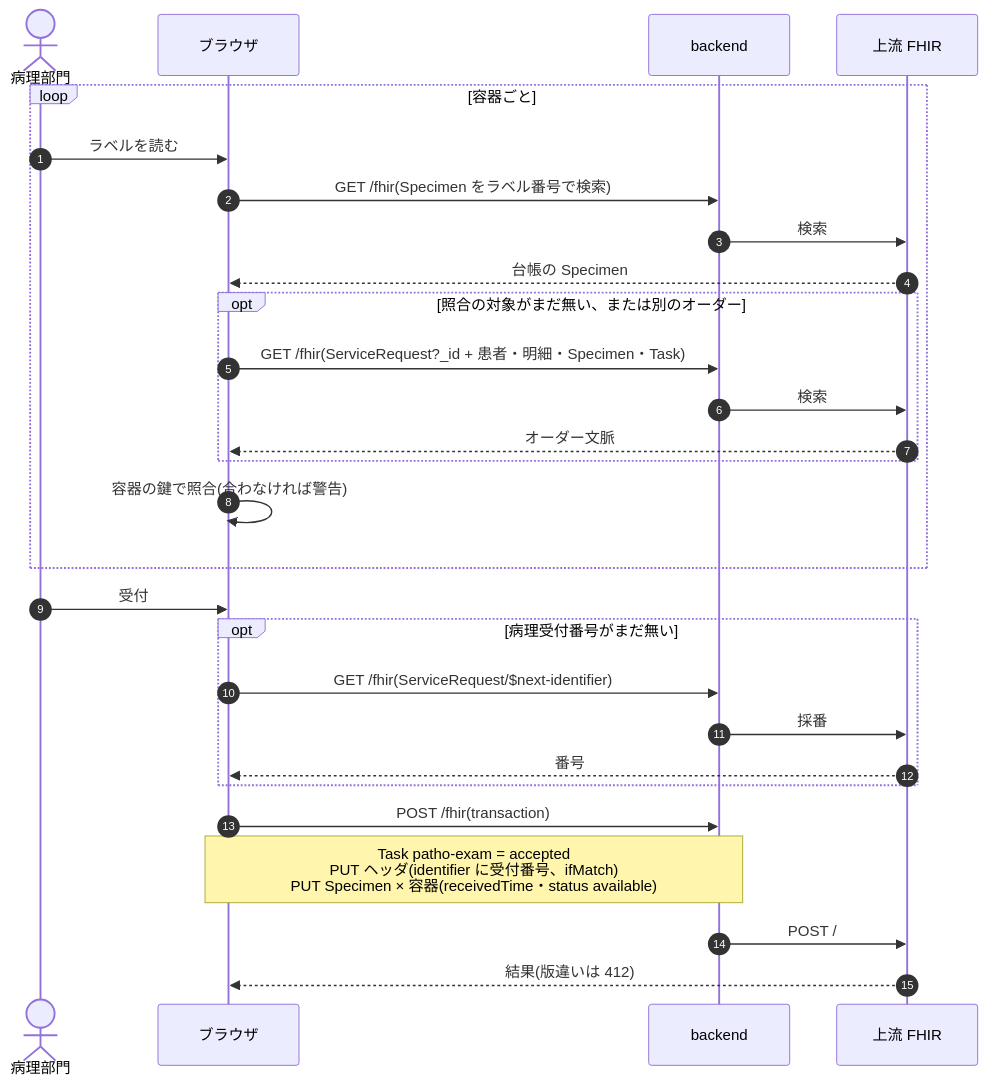
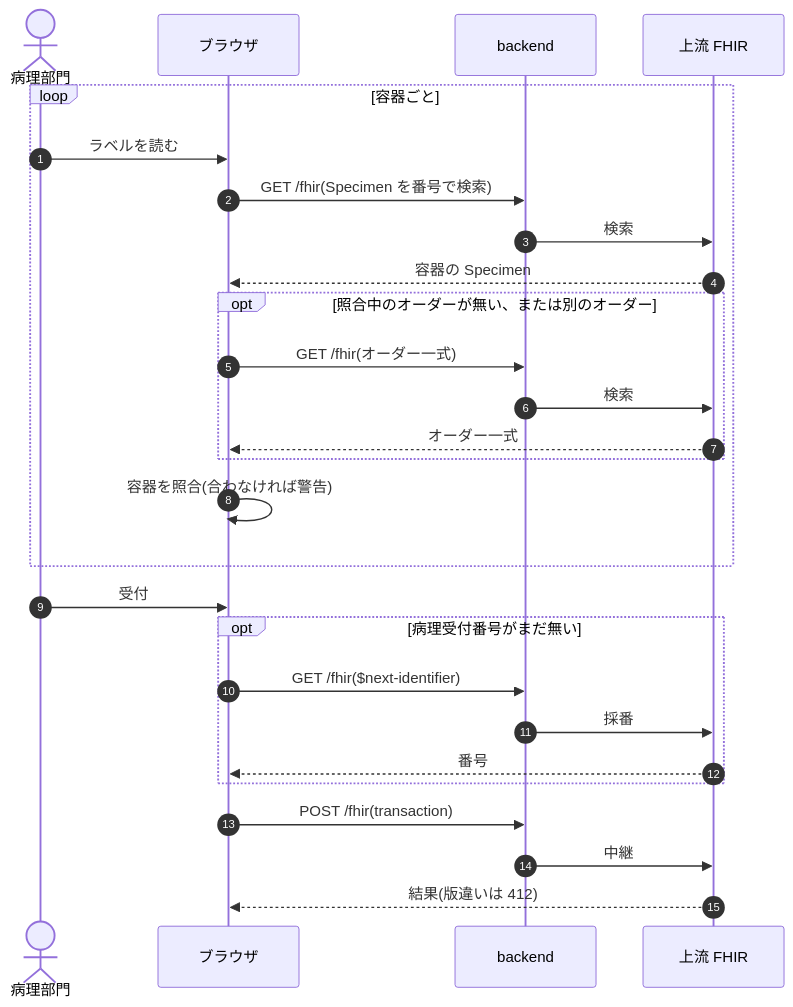
The sixth of 12 diagrams in docs/dev/patho.md (ysnr-dev/fhir-client-docs), drawn with Mermaid before and after one commit. The commit also changed other lines of this file and 43 other files, not shown here.

Commit message:
docs: 業務フローとシーケンス図を写し直し

````diff
--- a/docs/dev/patho.md
+++ b/docs/dev/patho.md
@@ -135,31 +306,30 @@
 ```mermaid
 sequenceDiagram
   autonumber
   actor Tech as 病理部門
   participant UI as ブラウザ
   participant BE as backend
   participant FHIR as 上流 FHIR
 
   loop 容器ごと
     Tech->>UI: ラベルを読む
-    UI->>BE: GET /fhir(Specimen をラベル番号で検索)
+    UI->>BE: GET /fhir(Specimen を番号で検索)
     BE->>FHIR: 検索
-    FHIR-->>UI: 台帳の Specimen
-    opt 照合の対象がまだ無い、または別のオーダー
-      UI->>BE: GET /fhir(ServiceRequest?_id + 患者・明細・Specimen・Task)
+    FHIR-->>UI: 容器の Specimen
+    opt 照合中のオーダーが無い、または別のオーダー
+      UI->>BE: GET /fhir(オーダー一式)
       BE->>FHIR: 検索
-      FHIR-->>UI: オーダー文脈
+      FHIR-->>UI: オーダー一式
     end
-    UI->>UI: 容器の鍵で照合(合わなければ警告)
+    UI->>UI: 容器を照合(合わなければ警告)
   end
   Tech->>UI: 受付
   opt 病理受付番号がまだ無い
-    UI->>BE: GET /fhir(ServiceRequest/$next-identifier)
+    UI->>BE: GET /fhir($next-identifier)
     BE->>FHIR: 採番
     FHIR-->>UI: 番号
   end
   UI->>BE: POST /fhir(transaction)
-  Note over UI,BE: Task patho-exam = accepted<br/>PUT ヘッダ(identifier に受付番号、ifMatch)<br/>PUT Specimen × 容器(receivedTime・status available)
-  BE->>FHIR: POST /
+  BE->>FHIR: 中継
   FHIR-->>UI: 結果(版違いは 412)
 ```
````
